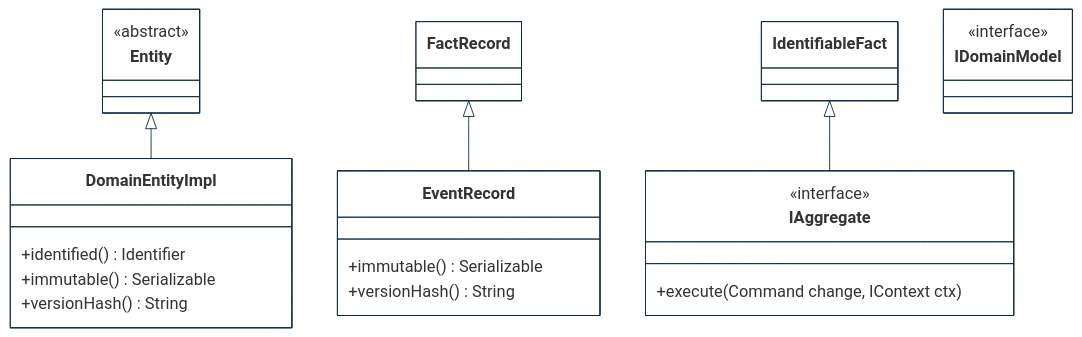
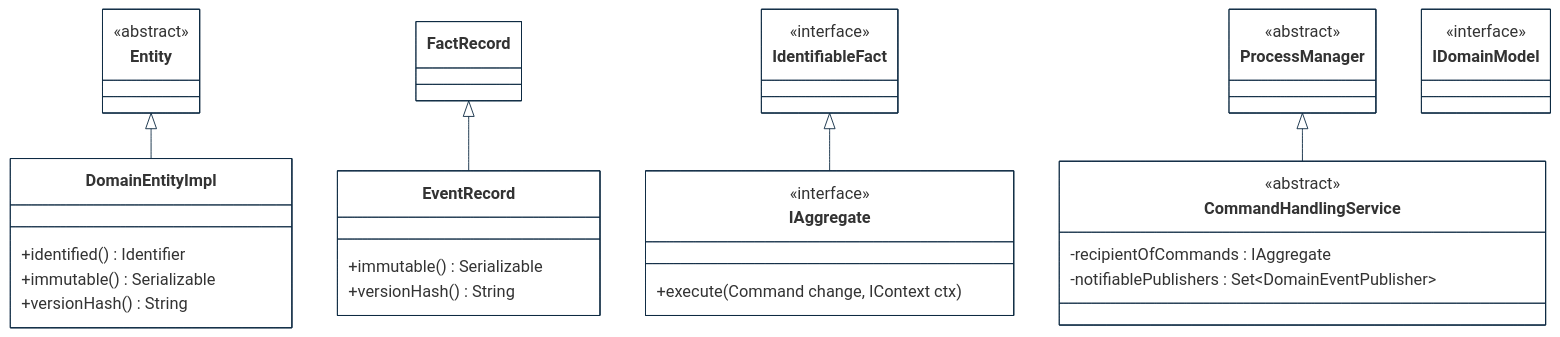
The third of 7 diagrams in implementations-line/framework/domain/designview-packages.md (cybnity/foundation), drawn with Mermaid before and after one commit. The commit also changed other lines of this file and 2 other files, not shown here.

````diff
--- a/implementations-line/framework/domain/designview-packages.md
+++ b/implementations-line/framework/domain/designview-packages.md
@@ -85,44 +104,56 @@
 ```mermaid
 %%{
   init: {
     'theme': 'base',
     'themeVariables': {
         'background': '#ffffff',
         'fontFamily': 'arial',
         'fontSize': '18px',
         'primaryColor': '#fff',
         'primaryBorderColor': '#0e2a43',
         'secondaryBorderColor': '#0e2a43',
         'tertiaryBorderColor': '#0e2a43',
         'edgeLabelBackground':'#0e2a43',
         'lineColor': '#0e2a43',
         'tertiaryColor': '#fff'
     }
   }
 }%%
 classDiagram
     Entity <|-- DomainEntityImpl
     FactRecord <|-- EventRecord
     IdentifiableFact <|-- IAggregate
+    ProcessManager <|-- CommandHandlingService
 
+    class CommandHandlingService {
+        <<abstract>>
+        -recipientOfCommands : IAggregate
+        -notifiablePublishers : Set~DomainEventPublisher~
+    }
+    class ProcessManager {
+        <<abstract>>
+    }
+    class IdentifiableFact {
+        <<interface>>
+    }
     class IAggregate {
         <<interface>>
         +execute(Command change, IContext ctx)
     }
     class Entity {
         <<abstract>>
     }
     class DomainEntityImpl {
         +identified() Identifier
         +immutable() Serializable
         +versionHash() String
     }
     class EventRecord {
         +immutable() Serializable
         +versionHash() String
     }
     class IDomainModel {
         <<interface>>
     }
 
 ```
````
